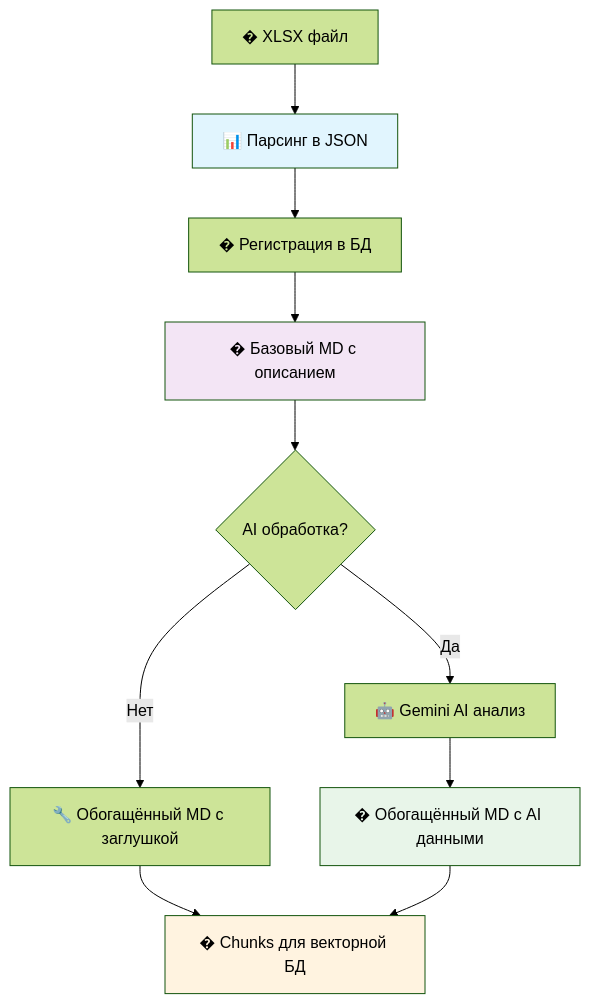
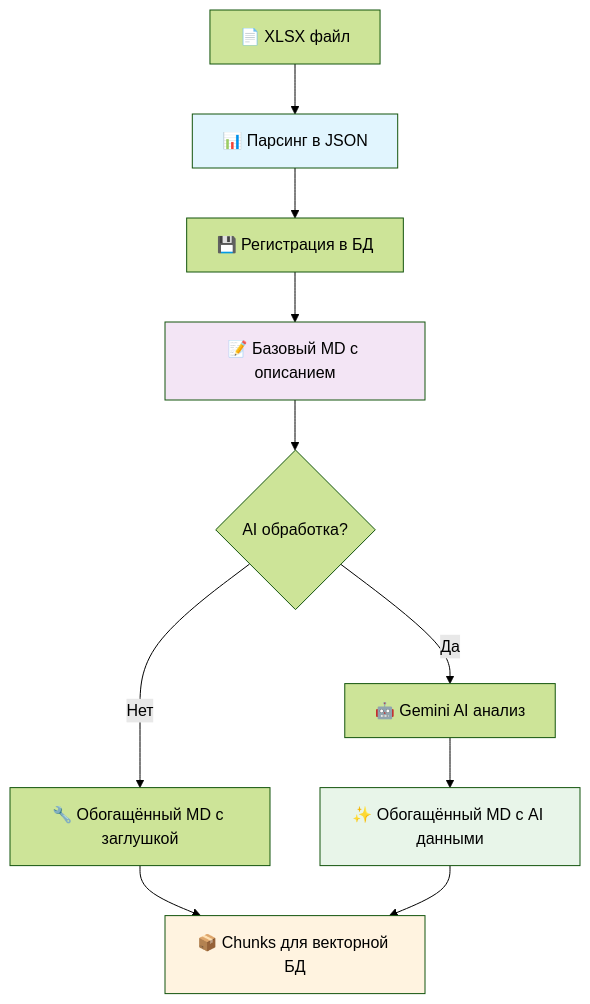
The diagram in README.md (zhukovvlad/parser_tender_xlsx), drawn with Mermaid (forest theme) before and after one commit. The commit also changed other lines of this file and 4 other files, not shown here.

````diff
--- a/README.md
+++ b/README.md
@@ -161,17 +173,17 @@
 ```mermaid
 graph TB
-    A[� XLSX файл] --> B[📊 Парсинг в JSON]
-    B --> C[� Регистрация в БД]
-    C --> D[� Базовый MD с описанием]
+    A[📄 XLSX файл] --> B[📊 Парсинг в JSON]
+    B --> C[💾 Регистрация в БД]
+    C --> D[📝 Базовый MD с описанием]
     D --> E{AI обработка?}
     E -->|Нет| F[🔧 Обогащённый MD с заглушкой]
     E -->|Да| G[🤖 Gemini AI анализ]
-    G --> H[� Обогащённый MD с AI данными]
-    F --> I[� Chunks для векторной БД]
+    G --> H[✨ Обогащённый MD с AI данными]
+    F --> I[📦 Chunks для векторной БД]
     H --> I
     
     style B fill:#e1f5fe
     style D fill:#f3e5f5
     style H fill:#e8f5e9
     style I fill:#fff3e0
 ```
````
